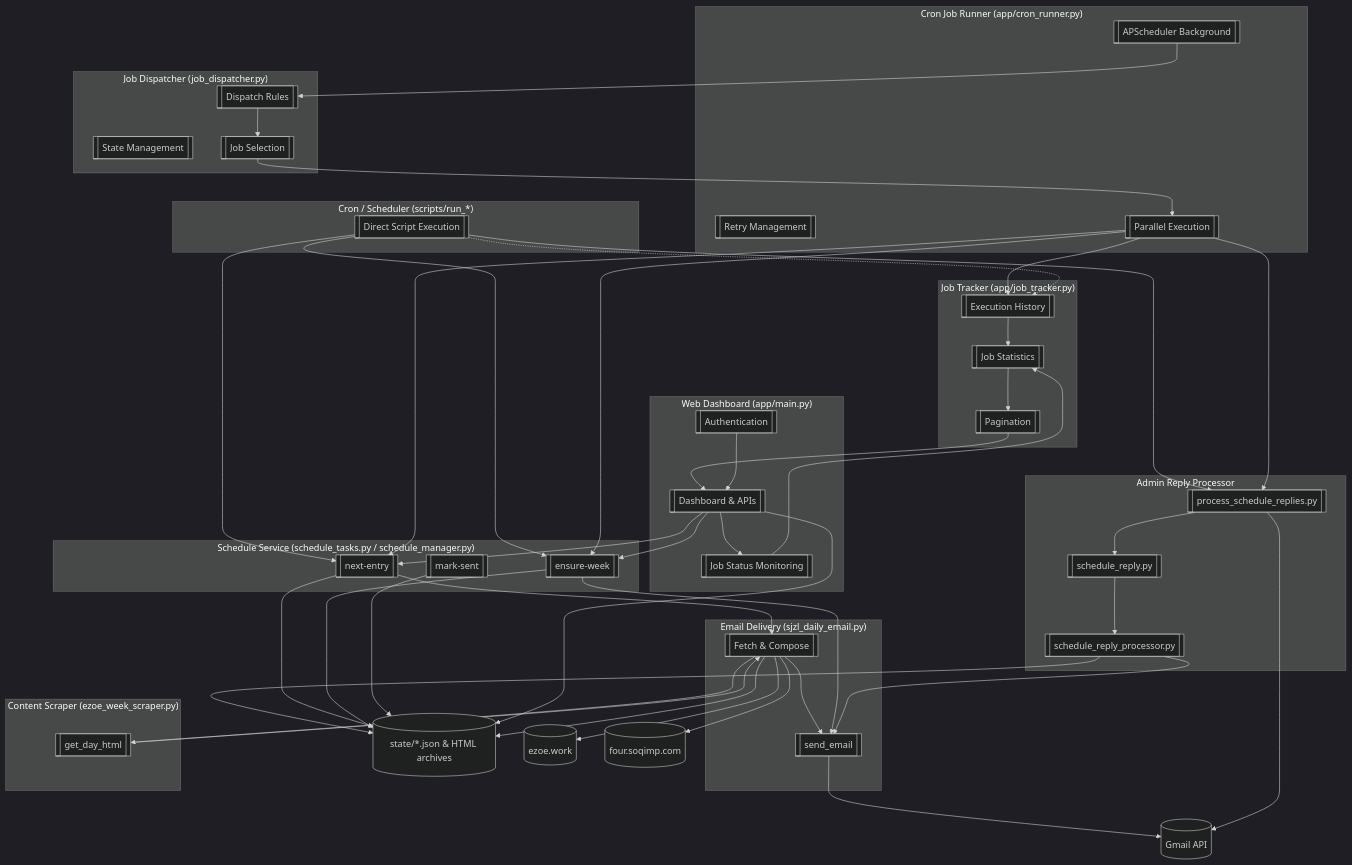
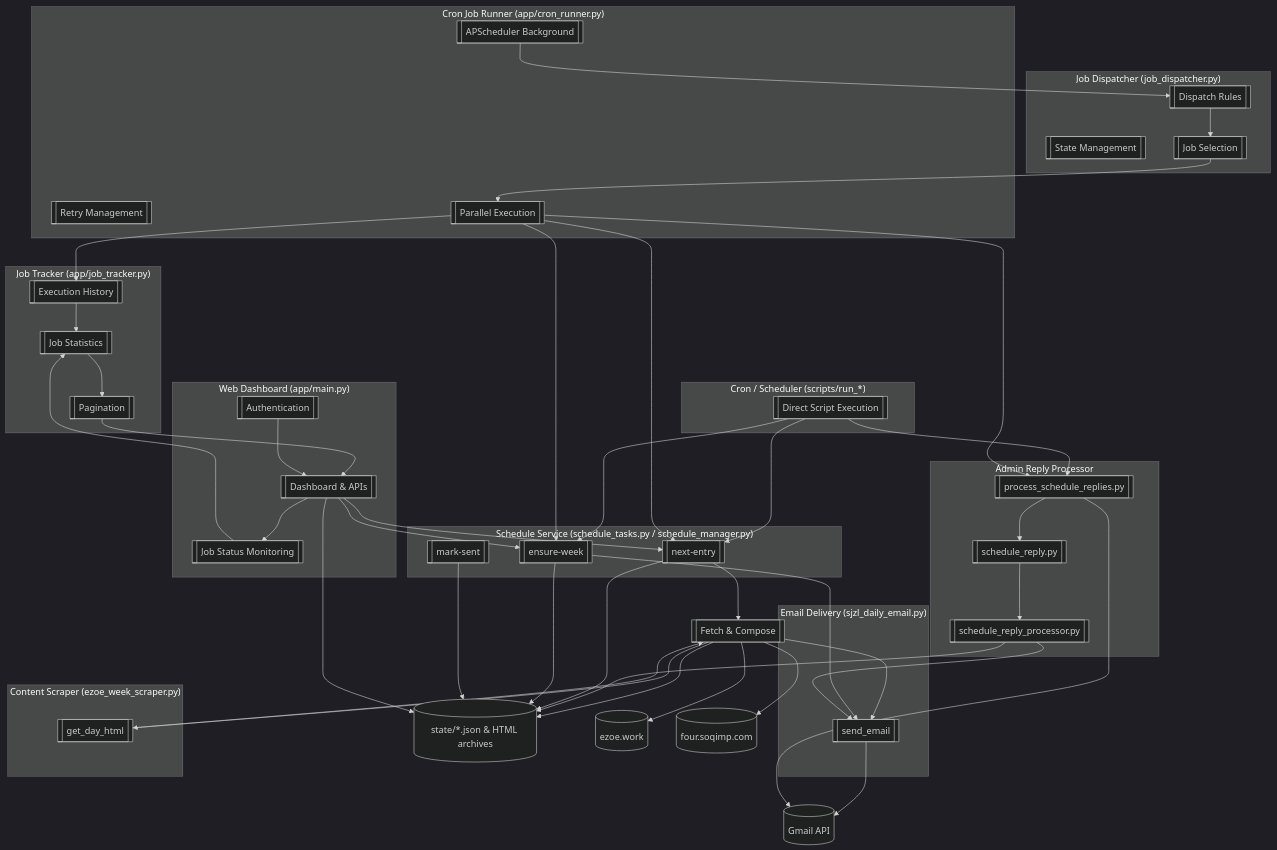
Before and after one commit to HananiahKao/daily-manna-email: the second of 3 diagrams in SYSTEM_C4.md, drawn with Mermaid (dark theme). The commit also changed other lines of this file, not shown here.

Commit message:
📝 docs(c4): fix job tracker links
Remove direct-cron tracking and retry_job call from diagrams.

```diff
--- a/SYSTEM_C4.md
+++ b/SYSTEM_C4.md
@@ -147,8 +147,6 @@
 
     %% Job tracking
     ParallelExec --> ExecutionHistory
-    DirectCron -.-> ExecutionHistory
-    %% Dashed line to show direct execution also tracked
 
     ExecutionHistory --> Statistics
     Statistics --> Pagination
```
